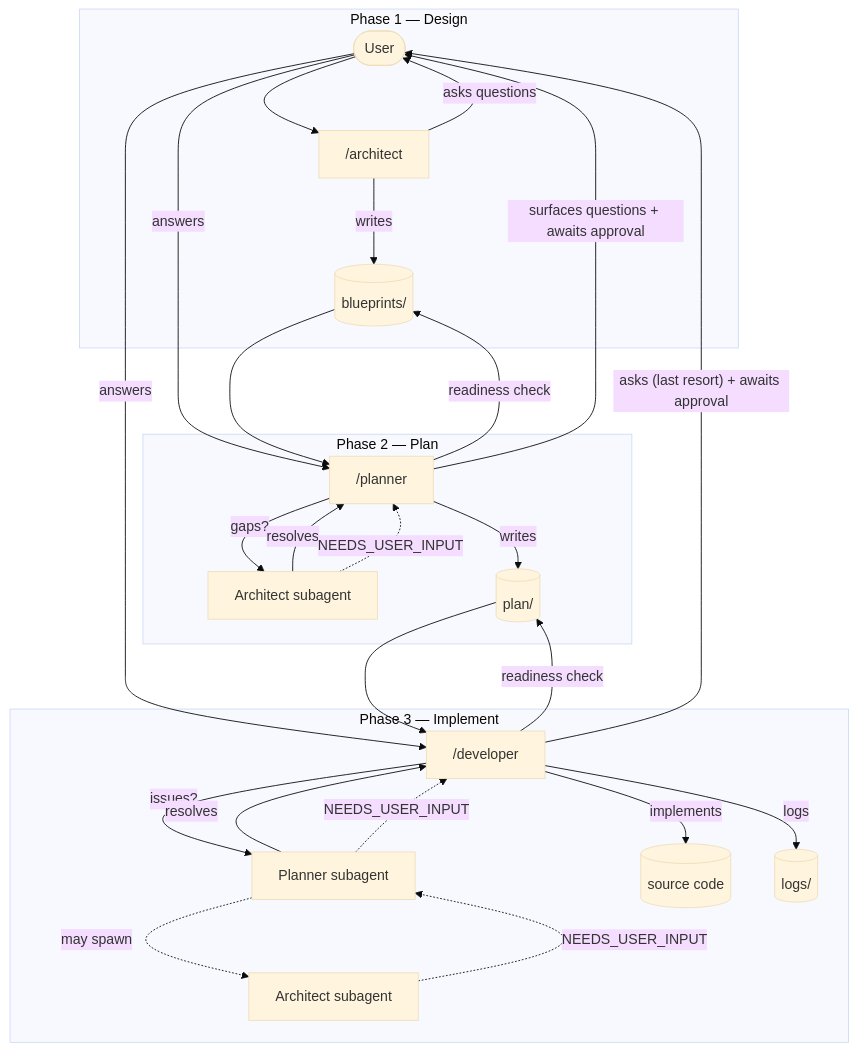
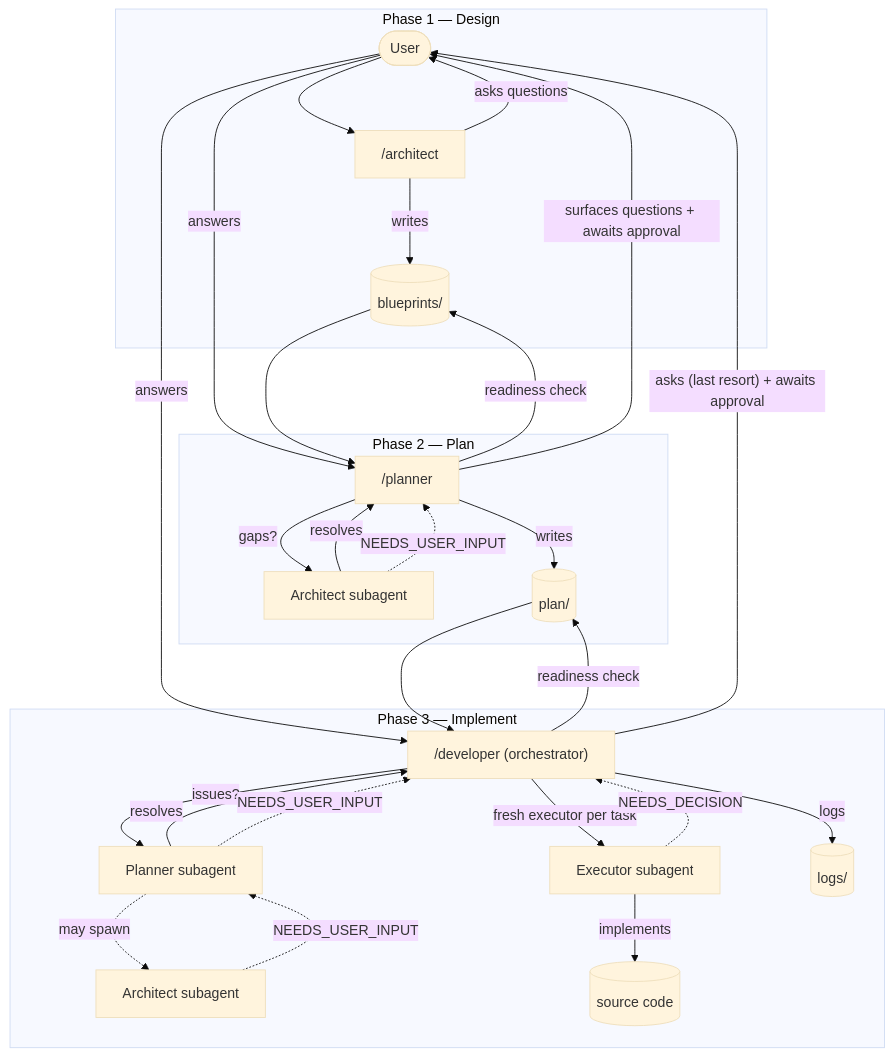
Before and after one commit to luca-nik/agentic-dev-workflow: the diagram in README.md, drawn with Mermaid (base theme). The commit also changed other lines of this file and 4 other files, not shown here.

First line of the commit message:
Phase 2: Developer becomes an orchestrator with fresh executors per task

````diff
--- a/README.md
+++ b/README.md
@@ -24,38 +24,40 @@
 ```mermaid
 flowchart TD
     U([User]) --> A
 
     subgraph DESIGN ["Phase 1 — Design"]
         A["/architect"]
         A -- asks questions --> U
         A -- writes --> BP[(blueprints/)]
     end
 
     subgraph PLAN ["Phase 2 — Plan"]
         P["/planner"]
         P -- readiness check --> BP
         P -- gaps? --> AS[Architect subagent]
         AS -- resolves --> P
         AS -. "NEEDS_USER_INPUT" .-> P
         P -- "surfaces questions + awaits approval" --> U
         U -- answers --> P
         P -- writes --> PL[(plan/)]
     end
 
     subgraph IMPLEMENT ["Phase 3 — Implement"]
-        D["/developer"]
+        D["/developer (orchestrator)"]
         D -- readiness check --> PL
         D -- issues? --> PS[Planner subagent]
         PS -. may spawn .-> AS2[Architect subagent]
         AS2 -. "NEEDS_USER_INPUT" .-> PS
         PS -- resolves --> D
         PS -. "NEEDS_USER_INPUT" .-> D
         D -- "asks (last resort) + awaits approval" --> U
         U -- answers --> D
-        D -- implements --> CODE[(source code)]
+        D -- "fresh executor per task" --> EX[Executor subagent]
+        EX -- implements --> CODE[(source code)]
+        EX -. "NEEDS_DECISION" .-> D
         D -- logs --> LG[(logs/)]
     end
 
     BP --> P
     PL --> D
 ```
````
